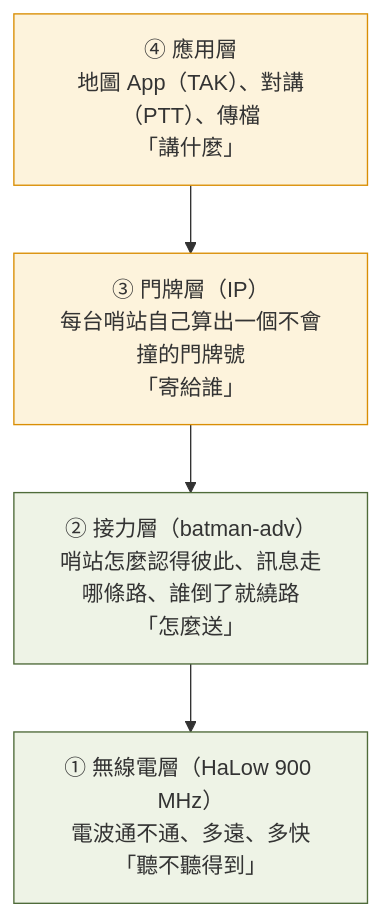
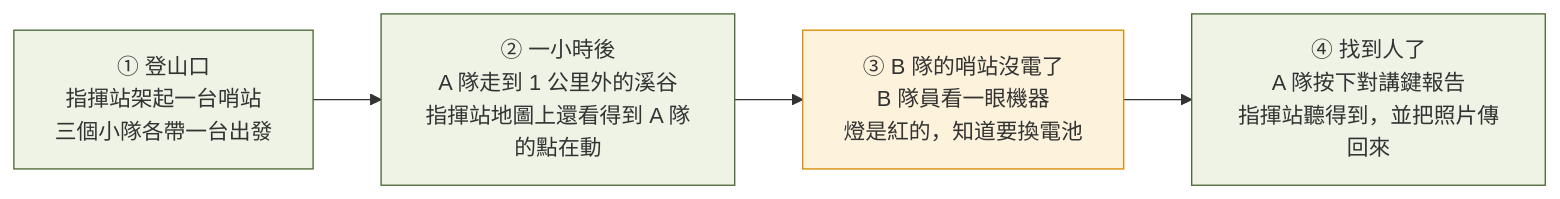
One commit to winson3QQ/Batman changed the first of 3 diagrams in docs/curriculum/week2.md. Above: the diagram before and after it, drawn with Mermaid. The commit also changed other lines of this file and 4 other files, not shown here.

````diff
--- a/docs/curriculum/week2.md
+++ b/docs/curriculum/week2.md
@@ -15,12 +13,12 @@
 ```mermaid
-flowchart TB
-  L4[④ 應用層<br/>地圖 App（TAK）、對講（PTT）、傳檔<br/>「講什麼」]
-  L3[③ 門牌層（IP）<br/>每台哨站自己算出一個不會撞的門牌號<br/>「寄給誰」]
-  L2[② 接力層（batman-adv）<br/>哨站怎麼認得彼此、訊息走哪條路、誰倒了就繞路<br/>「怎麼送」]
-  L1[① 無線電層（HaLow 900 MHz）<br/>電波通不通、多遠、多快<br/>「聽不聽得到」]
-  L4 --> L3 --> L2 --> L1
-  style L1 fill:#eef3e6,stroke:#4f6b3a
-  style L2 fill:#eef3e6,stroke:#4f6b3a
-  style L3 fill:#fdf3dc,stroke:#d98e04
-  style L4 fill:#fdf3dc,stroke:#d98e04
+flowchart LR
+  F1["① 登山口<br/>指揮站架起一台哨站<br/>三個小隊各帶一台出發"]
+  F2["② 一小時後<br/>A 隊走到 1 公里外的溪谷<br/>指揮站地圖上還看得到 A 隊的點在動"]
+  F3["③ B 隊的哨站沒電了<br/>B 隊員看一眼機器<br/>燈是紅的，知道要換電池"]
+  F4["④ 找到人了<br/>A 隊按下對講鍵報告<br/>指揮站聽得到，並把照片傳回來"]
+  F1 --> F2 --> F3 --> F4
+  style F1 fill:#eef3e6,stroke:#4f6b3a
+  style F2 fill:#eef3e6,stroke:#4f6b3a
+  style F3 fill:#fdf3dc,stroke:#d98e04
+  style F4 fill:#eef3e6,stroke:#4f6b3a
 ```
````
